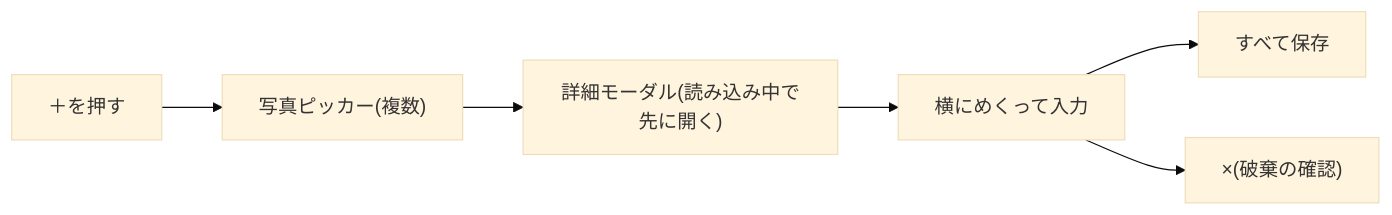
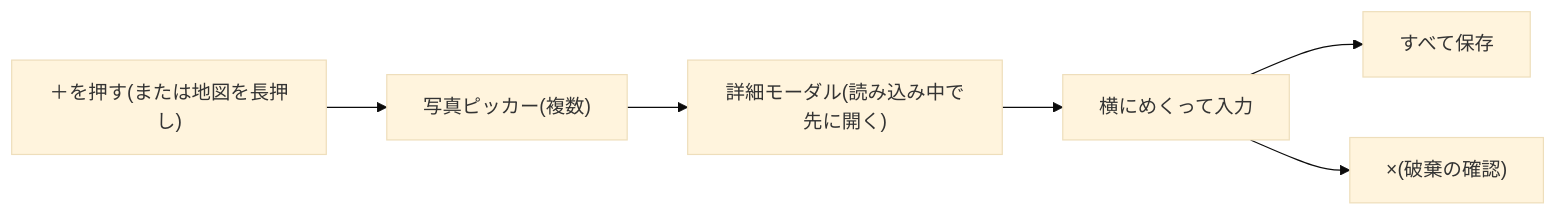
One commit to akidon0000/tabi-memo changed the diagram in docs/specs/add-photos.md. Above: the diagram before and after it, drawn with Mermaid (base theme). The commit also changed other lines of this file and 24 other files, not shown here.

First line of the commit message:
写真を結ぶ線を道なりにし、開いたとき最初のピンを選び、地図の長押しで写真を追加できるようにする

````diff
--- a/docs/specs/add-photos.md
+++ b/docs/specs/add-photos.md
@@ -10,8 +10,8 @@
 ```mermaid
 flowchart LR
-    A["＋を押す"] --> B["写真ピッカー(複数)"]
+    A["＋を押す(または地図を長押し)"] --> B["写真ピッカー(複数)"]
     B --> C["詳細モーダル(読み込み中で先に開く)"]
     C --> D["横にめくって入力"]
     D --> E["すべて保存"]
     D --> F["×(破棄の確認)"]
 ```
````
